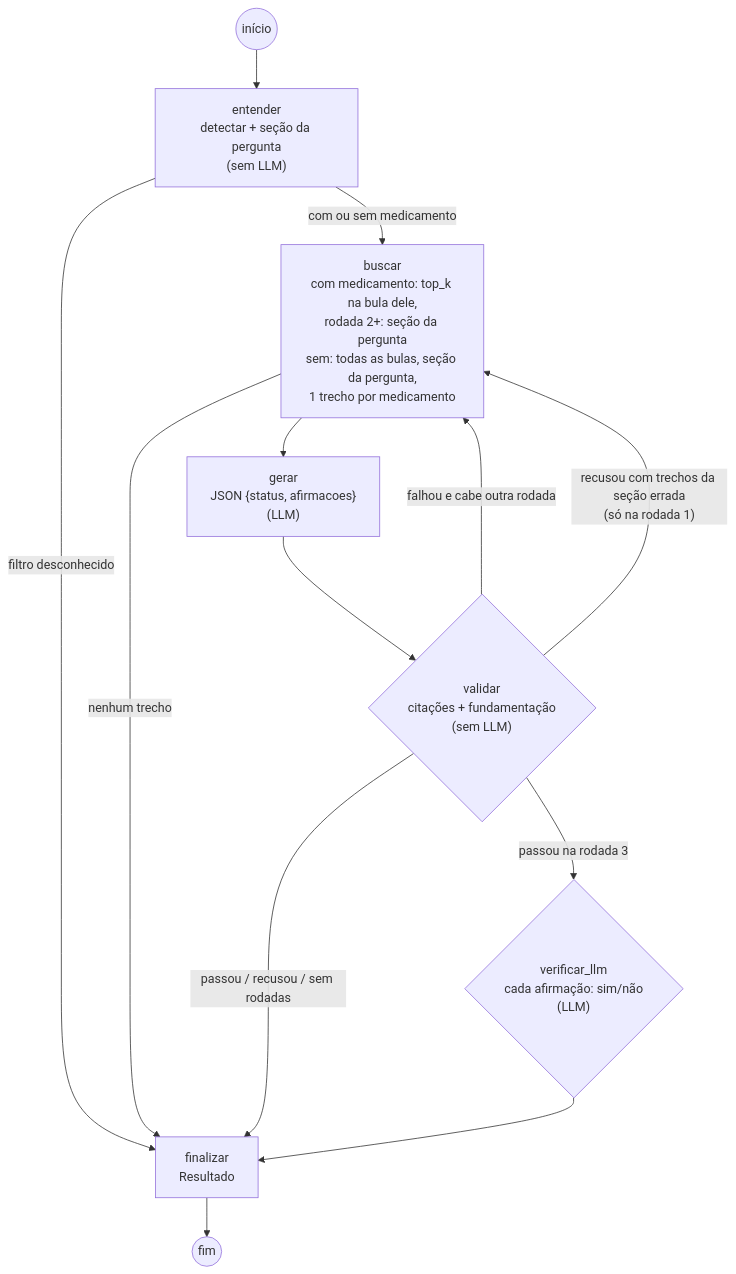
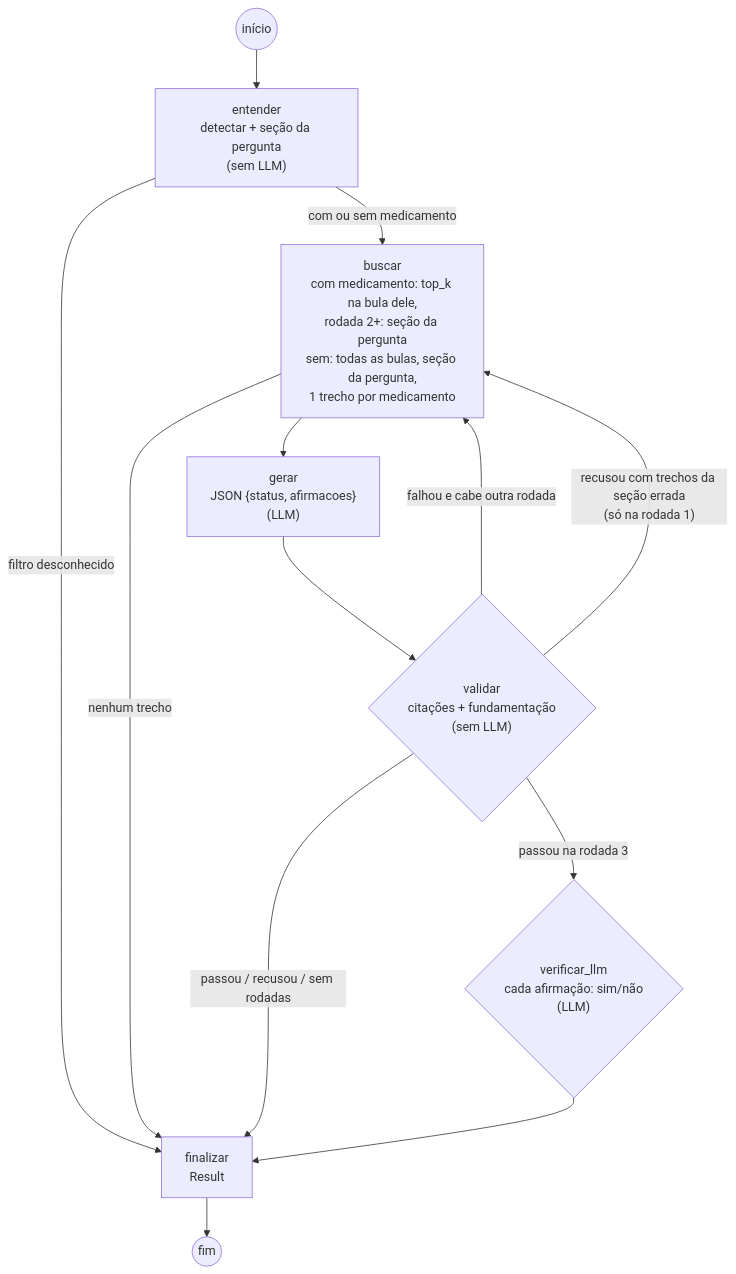
The third of 5 diagrams in README.md (umdevaprendiz/farma-rag), drawn with Mermaid before and after one commit. The commit also changed other lines of this file and 121 other files, not shown here.

````diff
--- a/README.md
+++ b/README.md
@@ -145,15 +145,15 @@
 ```mermaid
 flowchart TD
   S((início)) --> EN["entender<br/>detectar + seção da pergunta<br/>(sem LLM)"]
   EN -- "filtro desconhecido" --> FI
   EN -- "com ou sem medicamento" --> BU["buscar<br/>com medicamento: top_k na bula dele,<br/>rodada 2+: seção da pergunta<br/>sem: todas as bulas, seção da pergunta,<br/>1 trecho por medicamento"]
   BU -- "nenhum trecho" --> FI
   BU --> GE["gerar<br/>JSON {status, afirmacoes}<br/>(LLM)"]
   GE --> VA{"validar<br/>citações + fundamentação<br/>(sem LLM)"}
   VA -- "falhou e cabe outra rodada" --> BU
   VA -- "recusou com trechos da seção errada<br/>(só na rodada 1)" --> BU
   VA -- "passou na rodada 3" --> VL{"verificar_llm<br/>cada afirmação: sim/não<br/>(LLM)"}
   VA -- "passou / recusou / sem rodadas" --> FI
-  VL --> FI["finalizar<br/>Resultado"]
+  VL --> FI["finalizar<br/>Result"]
   FI --> E((fim))
 ```
````
